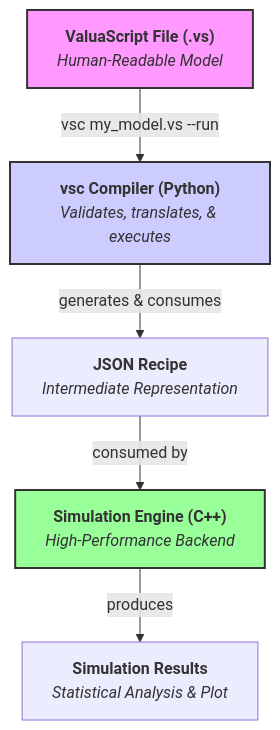
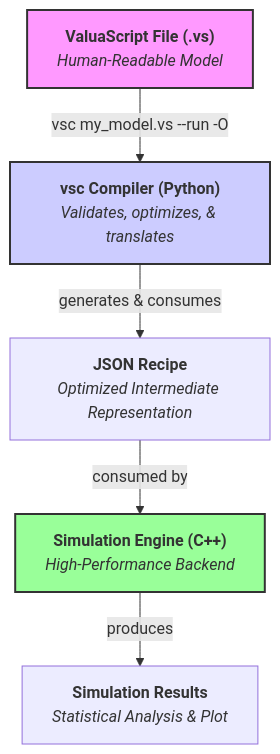
Before and after one commit to Alessio2704/monte-carlo-simulator: the first of 2 diagrams in README.md, drawn with Mermaid. The commit also changed other lines of this file, not shown here.

````diff
--- a/README.md
+++ b/README.md
@@ -40,11 +41,11 @@
 ```mermaid
 graph TD;
-    A["<b>ValuaScript File (.vs)</b><br/><i>Human-Readable Model</i>"] -- "vsc my_model.vs --run" --> B["<b>vsc Compiler (Python)</b><br/><i>Validates, translates, & executes</i>"];
-    B -- generates & consumes --> C["<b>JSON Recipe</b><br/><i>Intermediate Representation</i>"];
+    A["<b>ValuaScript File (.vs)</b><br/><i>Human-Readable Model</i>"] -- "vsc my_model.vs --run -O" --> B["<b>vsc Compiler (Python)</b><br/><i>Validates, optimizes, & translates</i>"];
+    B -- generates & consumes --> C["<b>JSON Recipe</b><br/><i>Optimized Intermediate Representation</i>"];
     C -- consumed by --> D["<b>Simulation Engine (C++)</b><br/><i>High-Performance Backend</i>"];
     D -- produces --> E["<b>Simulation Results</b><br/><i>Statistical Analysis & Plot</i>"];
 
     style A fill:#f9f,stroke:#333,stroke-width:2px
     style B fill:#ccf,stroke:#333,stroke-width:2px
     style D fill:#9f9,stroke:#333,stroke-width:2px
 ```
````
